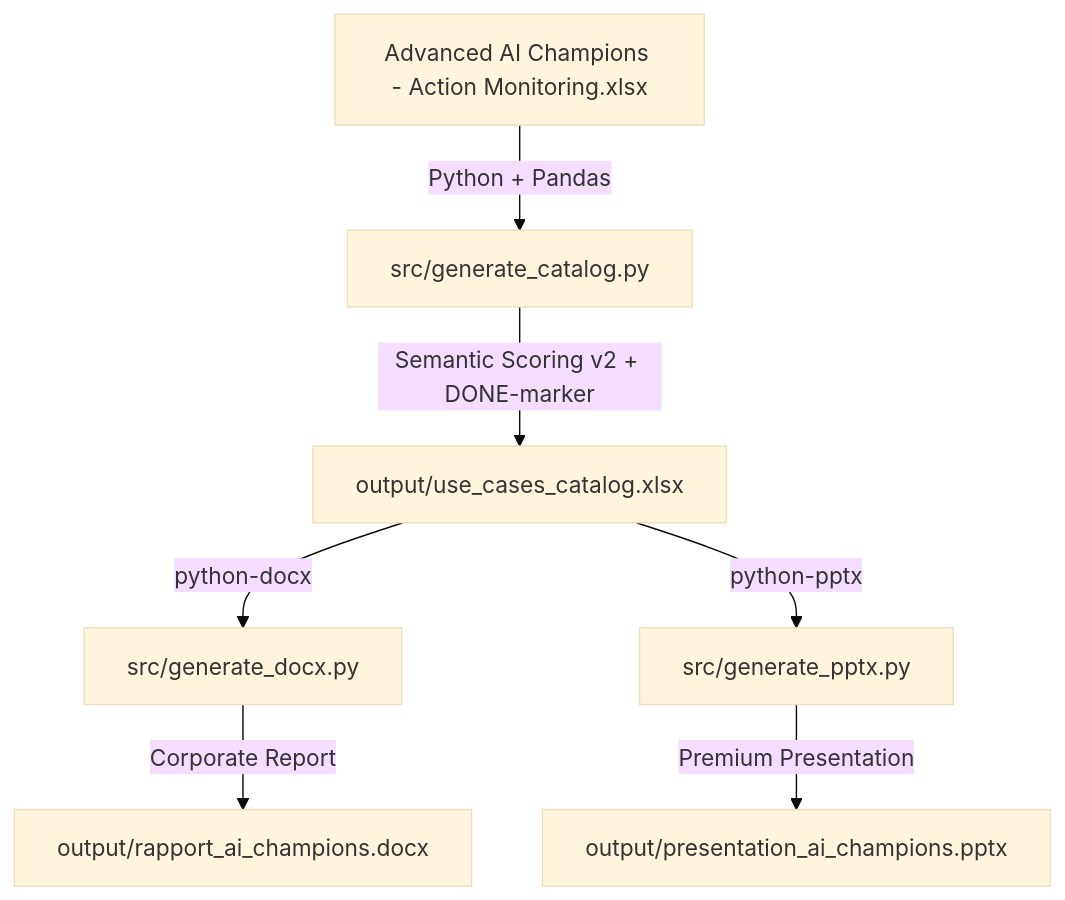
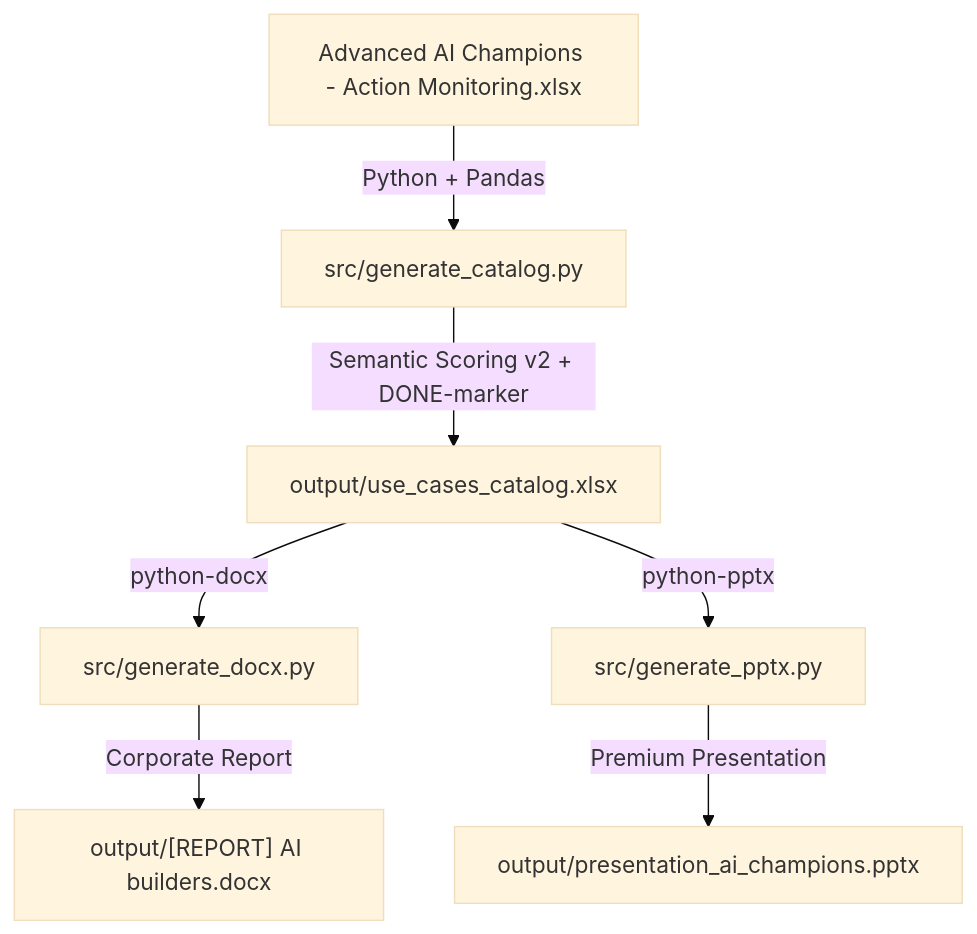
One commit to adrienparasote-ops/air-liquide changed the diagram in use case analysis/docs/CODEMAPS/architecture.md. Above: the diagram before and after it, drawn with Mermaid (base theme). The commit also changed other lines of this file and 2 other files, not shown here.

Commit message:
docs(report): rename Word report to [REPORT] AI builders.docx
- Updated generator script `src/generate_docx.py` output path to `output/[REPORT] AI builders.docx`.
- Updated all references in `README.md` and `docs/CODEMAPS/architecture.md`.
- Regenerated the file under the new name and cleaned up the old report.

````diff
--- a/use case analysis/docs/CODEMAPS/architecture.md
+++ b/use case analysis/docs/CODEMAPS/architecture.md
@@ -6,9 +6,9 @@
 ```mermaid
 graph TD
     Source[Advanced AI Champions - Action Monitoring.xlsx] -->|Python + Pandas| CatalogScript[src/generate_catalog.py]
     CatalogScript -->|Semantic Scoring v2 + DONE-marker| OutputExcel[output/use_cases_catalog.xlsx]
     OutputExcel -->|python-docx| DocxScript[src/generate_docx.py]
     OutputExcel -->|python-pptx| PptxScript[src/generate_pptx.py]
-    DocxScript -->|Corporate Report| OutputDocx[output/rapport_ai_champions.docx]
+    DocxScript -->|Corporate Report| OutputDocx["output/[REPORT] AI builders.docx"]
     PptxScript -->|Premium Presentation| OutputPptx[output/presentation_ai_champions.pptx]
 ```
````
